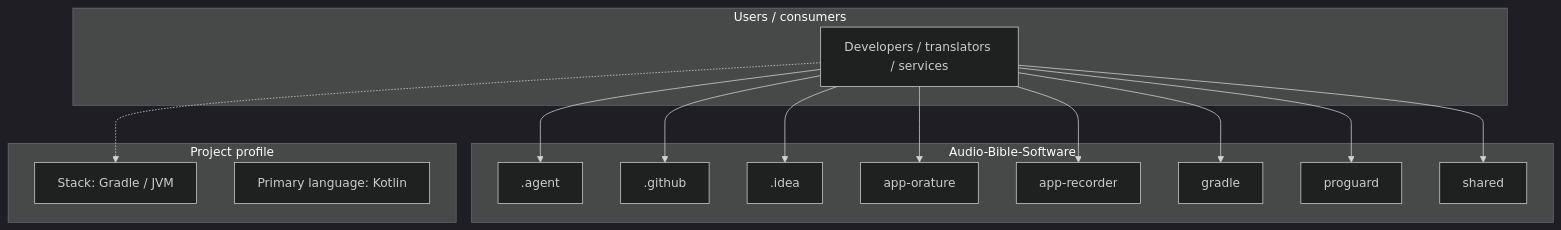
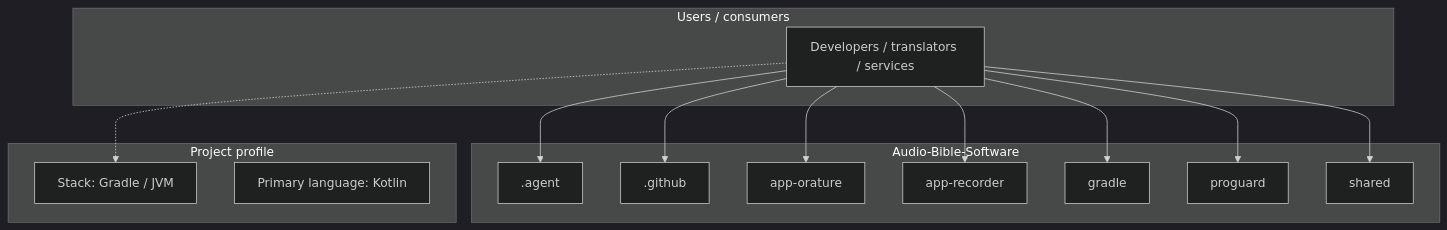
The first of 3 diagrams in architecture/Bible-Translation-Tools/Audio-Bible-Software-architecture.md (AnonymousWalker/project-repos-diagram), drawn with Mermaid (dark theme) before and after one commit. The commit also changed other lines of this file and 2 other files, not shown here.

Commit message:
chore: refresh architecture diagrams

````diff
--- a/architecture/Bible-Translation-Tools/Audio-Bible-Software-architecture.md
+++ b/architecture/Bible-Translation-Tools/Audio-Bible-Software-architecture.md
@@ -9,32 +9,30 @@
 ```mermaid
 flowchart TB
   subgraph users["Users / consumers"]
     Users["Developers / translators / services"]
   end
 
   subgraph project["Audio-Bible-Software"]
     M0[".agent"]
     M1[".github"]
-    M2[".idea"]
-    M3["app-orature"]
-    M4["app-recorder"]
-    M5["gradle"]
-    M6["proguard"]
-    M7["shared"]
+    M2["app-orature"]
+    M3["app-recorder"]
+    M4["gradle"]
+    M5["proguard"]
+    M6["shared"]
   end
 
   subgraph meta["Project profile"]
     Stack["Stack: Gradle / JVM"]
     Lang["Primary language: Kotlin"]
   end
 
   Users --> M0
   Users --> M1
   Users --> M2
   Users --> M3
   Users --> M4
   Users --> M5
   Users --> M6
-  Users --> M7
   Users -.-> Stack
 ```
````
